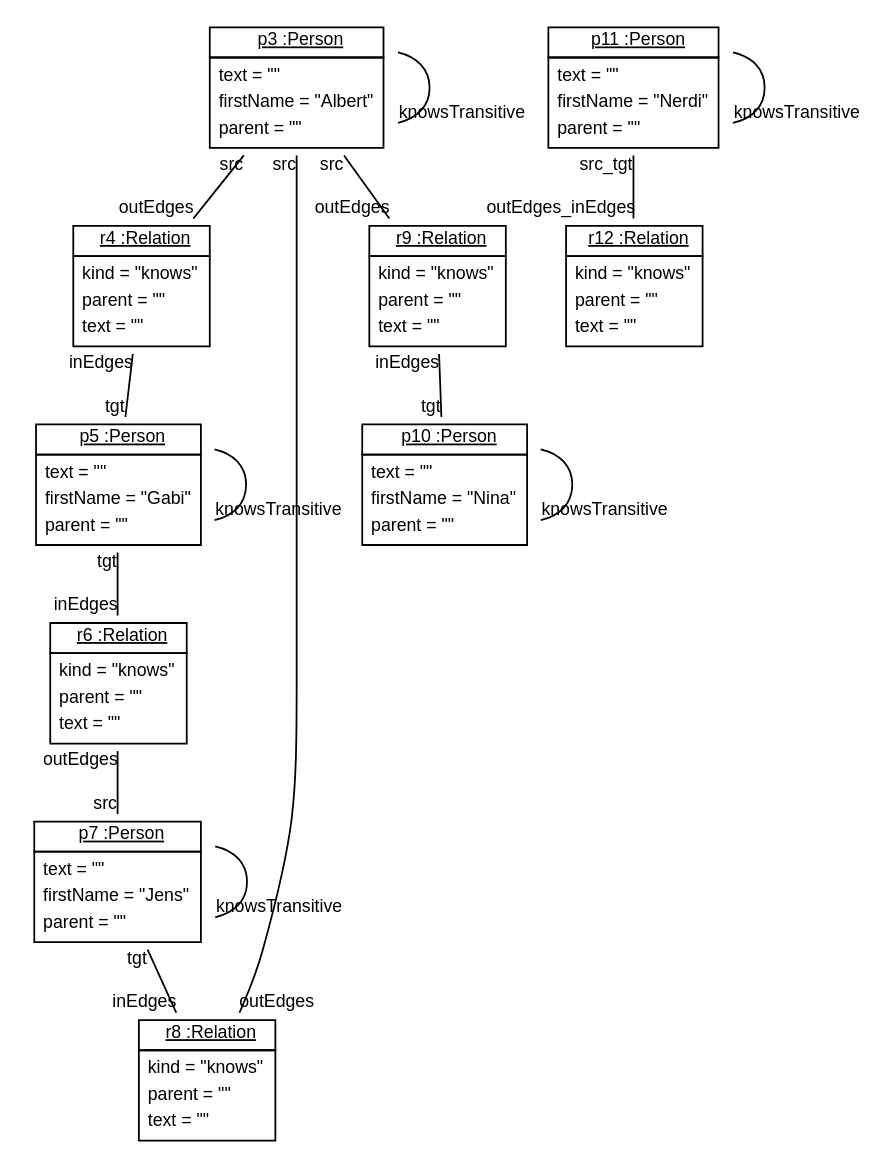
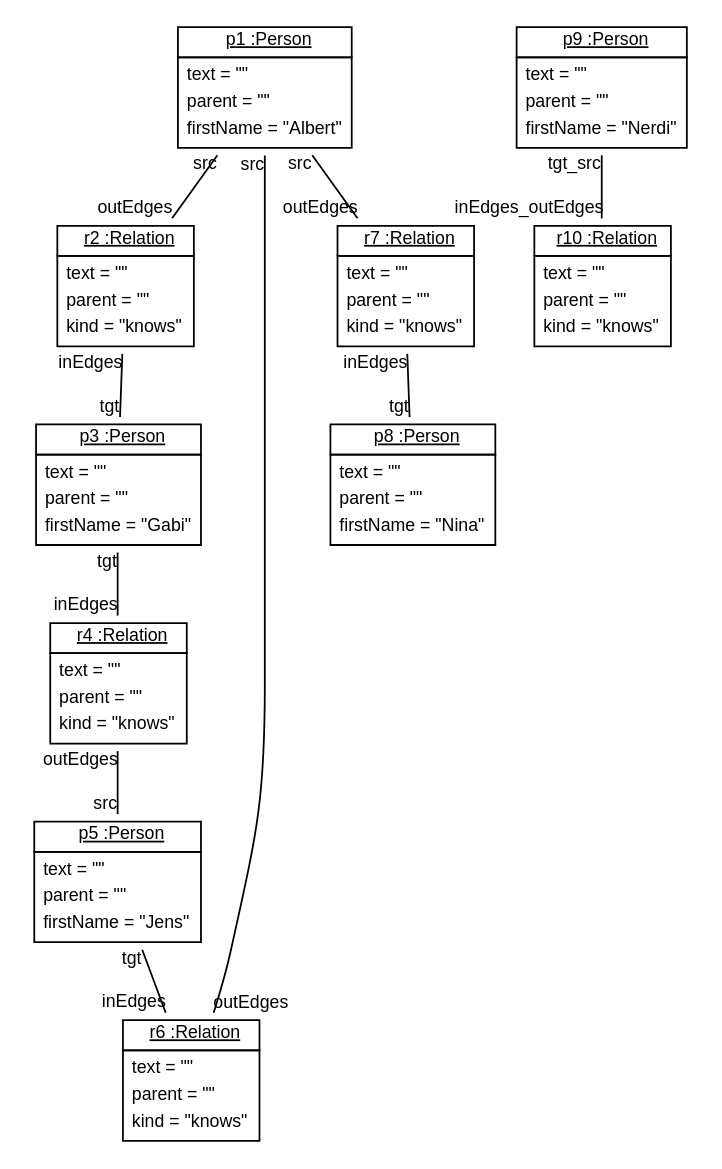
One commit to fujaba/SDMLib changed the diagram in doc/BanfM2MTransformation9.dot. Above: the diagram before and after it, drawn with Graphviz. The commit also changed 150 other files, not shown here.

```diff
--- a/doc/BanfM2MTransformation9.dot
+++ b/doc/BanfM2MTransformation9.dot
@@ -1,31 +1,26 @@
 graph ObjectDiagram {
    node [shape = none, fontsize = 10, fontname = "Arial"];
    edge [fontsize = 10, fontname = "Arial"];
    compound=true;
 
-p3 [label=<<table border='0' cellborder='1' cellspacing='0'> <tr> <td href="../examples/org/sdmlib/examples/m2m/Person.java"> <u>p3 :Person</u></td></tr><tr><td><table border='0' cellborder='0' cellspacing='0'><tr><td align='left'>text = ""</td></tr><tr><td align='left'>firstName = "Albert"</td></tr><tr><td align='left'>parent = ""</td></tr></table></td></tr></table>>];
-r4 [label=<<table border='0' cellborder='1' cellspacing='0'> <tr> <td href="../examples/org/sdmlib/examples/m2m/Relation.java"> <u>r4 :Relation</u></td></tr><tr><td><table border='0' cellborder='0' cellspacing='0'><tr><td align='left'>kind = "knows"</td></tr><tr><td align='left'>parent = ""</td></tr><tr><td align='left'>text = ""</td></tr></table></td></tr></table>>];
-p5 [label=<<table border='0' cellborder='1' cellspacing='0'> <tr> <td href="../examples/org/sdmlib/examples/m2m/Person.java"> <u>p5 :Person</u></td></tr><tr><td><table border='0' cellborder='0' cellspacing='0'><tr><td align='left'>text = ""</td></tr><tr><td align='left'>firstName = "Gabi"</td></tr><tr><td align='left'>parent = ""</td></tr></table></td></tr></table>>];
-r6 [label=<<table border='0' cellborder='1' cellspacing='0'> <tr> <td href="../examples/org/sdmlib/examples/m2m/Relation.java"> <u>r6 :Relation</u></td></tr><tr><td><table border='0' cellborder='0' cellspacing='0'><tr><td align='left'>kind = "knows"</td></tr><tr><td align='left'>parent = ""</td></tr><tr><td align='left'>text = ""</td></tr></table></td></tr></table>>];
-p7 [label=<<table border='0' cellborder='1' cellspacing='0'> <tr> <td href="../examples/org/sdmlib/examples/m2m/Person.java"> <u>p7 :Person</u></td></tr><tr><td><table border='0' cellborder='0' cellspacing='0'><tr><td align='left'>text = ""</td></tr><tr><td align='left'>firstName = "Jens"</td></tr><tr><td align='left'>parent = ""</td></tr></table></td></tr></table>>];
-r8 [label=<<table border='0' cellborder='1' cellspacing='0'> <tr> <td href="../examples/org/sdmlib/examples/m2m/Relation.java"> <u>r8 :Relation</u></td></tr><tr><td><table border='0' cellborder='0' cellspacing='0'><tr><td align='left'>kind = "knows"</td></tr><tr><td align='left'>parent = ""</td></tr><tr><td align='left'>text = ""</td></tr></table></td></tr></table>>];
-r9 [label=<<table border='0' cellborder='1' cellspacing='0'> <tr> <td href="../examples/org/sdmlib/examples/m2m/Relation.java"> <u>r9 :Relation</u></td></tr><tr><td><table border='0' cellborder='0' cellspacing='0'><tr><td align='left'>kind = "knows"</td></tr><tr><td align='left'>parent = ""</td></tr><tr><td align='left'>text = ""</td></tr></table></td></tr></table>>];
-p10 [label=<<table border='0' cellborder='1' cellspacing='0'> <tr> <td href="../examples/org/sdmlib/examples/m2m/Person.java"> <u>p10 :Person</u></td></tr><tr><td><table border='0' cellborder='0' cellspacing='0'><tr><td align='left'>text = ""</td></tr><tr><td align='left'>firstName = "Nina"</td></tr><tr><td align='left'>parent = ""</td></tr></table></td></tr></table>>];
-p11 [label=<<table border='0' cellborder='1' cellspacing='0'> <tr> <td href="../examples/org/sdmlib/examples/m2m/Person.java"> <u>p11 :Person</u></td></tr><tr><td><table border='0' cellborder='0' cellspacing='0'><tr><td align='left'>text = ""</td></tr><tr><td align='left'>firstName = "Nerdi"</td></tr><tr><td align='left'>parent = ""</td></tr></table></td></tr></table>>];
-r12 [label=<<table border='0' cellborder='1' cellspacing='0'> <tr> <td href="../examples/org/sdmlib/examples/m2m/Relation.java"> <u>r12 :Relation</u></td></tr><tr><td><table border='0' cellborder='0' cellspacing='0'><tr><td align='left'>kind = "knows"</td></tr><tr><td align='left'>parent = ""</td></tr><tr><td align='left'>text = ""</td></tr></table></td></tr></table>>];
+p1 [label=<<table border='0' cellborder='1' cellspacing='0'> <tr> <td href="../examples/org/sdmlib/examples/m2m/model/Person.java"> <u>p1 :Person</u></td></tr><tr><td><table border='0' cellborder='0' cellspacing='0'><tr><td align='left'>text = ""</td></tr><tr><td align='left'>parent = ""</td></tr><tr><td align='left'>firstName = "Albert"</td></tr></table></td></tr></table>>];
+r2 [label=<<table border='0' cellborder='1' cellspacing='0'> <tr> <td href="../examples/org/sdmlib/examples/m2m/model/Relation.java"> <u>r2 :Relation</u></td></tr><tr><td><table border='0' cellborder='0' cellspacing='0'><tr><td align='left'>text = ""</td></tr><tr><td align='left'>parent = ""</td></tr><tr><td align='left'>kind = "knows"</td></tr></table></td></tr></table>>];
+p3 [label=<<table border='0' cellborder='1' cellspacing='0'> <tr> <td href="../examples/org/sdmlib/examples/m2m/model/Person.java"> <u>p3 :Person</u></td></tr><tr><td><table border='0' cellborder='0' cellspacing='0'><tr><td align='left'>text = ""</td></tr><tr><td align='left'>parent = ""</td></tr><tr><td align='left'>firstName = "Gabi"</td></tr></table></td></tr></table>>];
+r4 [label=<<table border='0' cellborder='1' cellspacing='0'> <tr> <td href="../examples/org/sdmlib/examples/m2m/model/Relation.java"> <u>r4 :Relation</u></td></tr><tr><td><table border='0' cellborder='0' cellspacing='0'><tr><td align='left'>text = ""</td></tr><tr><td align='left'>parent = ""</td></tr><tr><td align='left'>kind = "knows"</td></tr></table></td></tr></table>>];
+p5 [label=<<table border='0' cellborder='1' cellspacing='0'> <tr> <td href="../examples/org/sdmlib/examples/m2m/model/Person.java"> <u>p5 :Person</u></td></tr><tr><td><table border='0' cellborder='0' cellspacing='0'><tr><td align='left'>text = ""</td></tr><tr><td align='left'>parent = ""</td></tr><tr><td align='left'>firstName = "Jens"</td></tr></table></td></tr></table>>];
+r6 [label=<<table border='0' cellborder='1' cellspacing='0'> <tr> <td href="../examples/org/sdmlib/examples/m2m/model/Relation.java"> <u>r6 :Relation</u></td></tr><tr><td><table border='0' cellborder='0' cellspacing='0'><tr><td align='left'>text = ""</td></tr><tr><td align='left'>parent = ""</td></tr><tr><td align='left'>kind = "knows"</td></tr></table></td></tr></table>>];
+r7 [label=<<table border='0' cellborder='1' cellspacing='0'> <tr> <td href="../examples/org/sdmlib/examples/m2m/model/Relation.java"> <u>r7 :Relation</u></td></tr><tr><td><table border='0' cellborder='0' cellspacing='0'><tr><td align='left'>text = ""</td></tr><tr><td align='left'>parent = ""</td></tr><tr><td align='left'>kind = "knows"</td></tr></table></td></tr></table>>];
+p8 [label=<<table border='0' cellborder='1' cellspacing='0'> <tr> <td href="../examples/org/sdmlib/examples/m2m/model/Person.java"> <u>p8 :Person</u></td></tr><tr><td><table border='0' cellborder='0' cellspacing='0'><tr><td align='left'>text = ""</td></tr><tr><td align='left'>parent = ""</td></tr><tr><td align='left'>firstName = "Nina"</td></tr></table></td></tr></table>>];
+p9 [label=<<table border='0' cellborder='1' cellspacing='0'> <tr> <td href="../examples/org/sdmlib/examples/m2m/model/Person.java"> <u>p9 :Person</u></td></tr><tr><td><table border='0' cellborder='0' cellspacing='0'><tr><td align='left'>text = ""</td></tr><tr><td align='left'>parent = ""</td></tr><tr><td align='left'>firstName = "Nerdi"</td></tr></table></td></tr></table>>];
+r10 [label=<<table border='0' cellborder='1' cellspacing='0'> <tr> <td href="../examples/org/sdmlib/examples/m2m/model/Relation.java"> <u>r10 :Relation</u></td></tr><tr><td><table border='0' cellborder='0' cellspacing='0'><tr><td align='left'>text = ""</td></tr><tr><td align='left'>parent = ""</td></tr><tr><td align='left'>kind = "knows"</td></tr></table></td></tr></table>>];
 
-p3 -- r4 [headlabel = "outEdges" taillabel = "src"];
-p3 -- r9 [headlabel = "outEdges" taillabel = "src"];
-p3 -- r8 [headlabel = "outEdges" taillabel = "src"];
-p3 -- p3 [headlabel = "knowsTransitive" taillabel = ""];
-r4 -- p5 [headlabel = "tgt" taillabel = "inEdges"];
+p1 -- r2 [headlabel = "outEdges" taillabel = "src"];
+p1 -- r7 [headlabel = "outEdges" taillabel = "src"];
+p1 -- r6 [headlabel = "outEdges" taillabel = "src"];
+r2 -- p3 [headlabel = "tgt" taillabel = "inEdges"];
+p3 -- r4 [headlabel = "inEdges" taillabel = "tgt"];
+r4 -- p5 [headlabel = "src" taillabel = "outEdges"];
 p5 -- r6 [headlabel = "inEdges" taillabel = "tgt"];
-p5 -- p5 [headlabel = "knowsTransitive" taillabel = ""];
-r6 -- p7 [headlabel = "src" taillabel = "outEdges"];
-p7 -- r8 [headlabel = "inEdges" taillabel = "tgt"];
-p7 -- p7 [headlabel = "knowsTransitive" taillabel = ""];
-r9 -- p10 [headlabel = "tgt" taillabel = "inEdges"];
-p10 -- p10 [headlabel = "knowsTransitive" taillabel = ""];
-p11 -- r12 [headlabel = "outEdges_inEdges" taillabel = "src_tgt"];
-p11 -- p11 [headlabel = "knowsTransitive" taillabel = ""];
+r7 -- p8 [headlabel = "tgt" taillabel = "inEdges"];
+p9 -- r10 [headlabel = "inEdges_outEdges" taillabel = "tgt_src"];
 }
```
